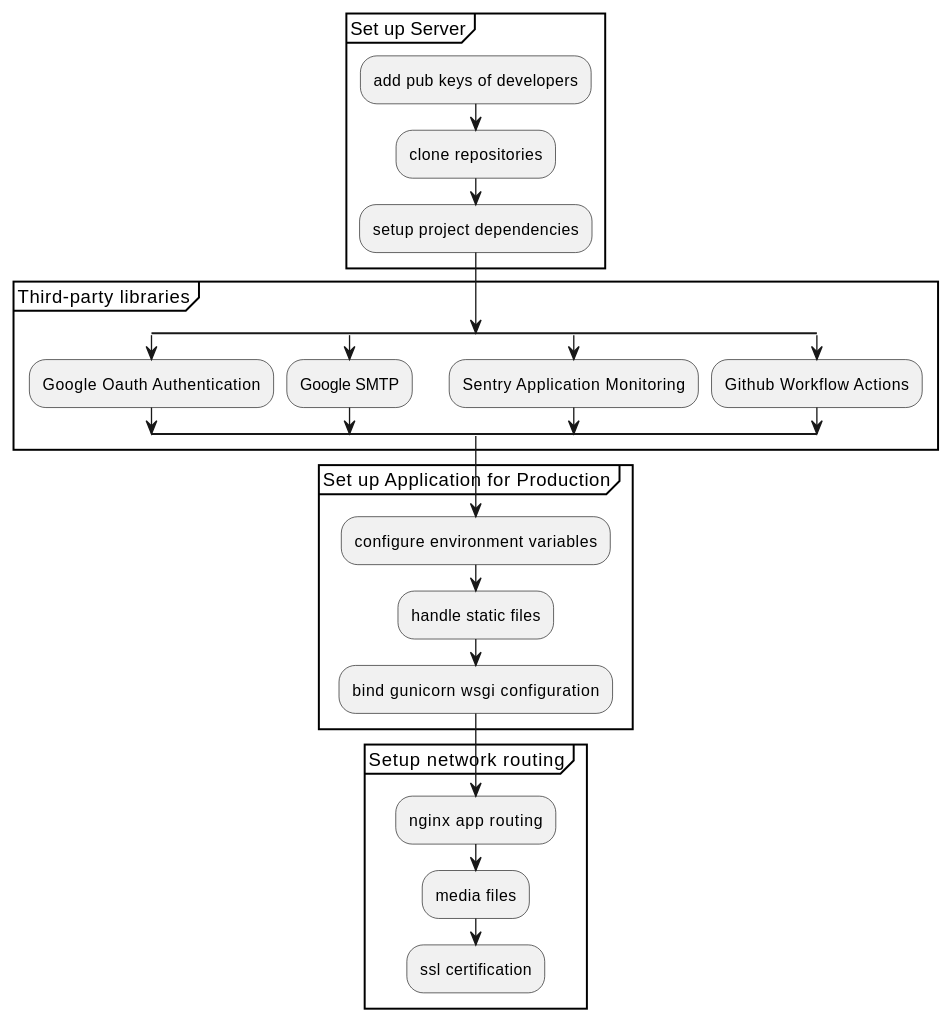
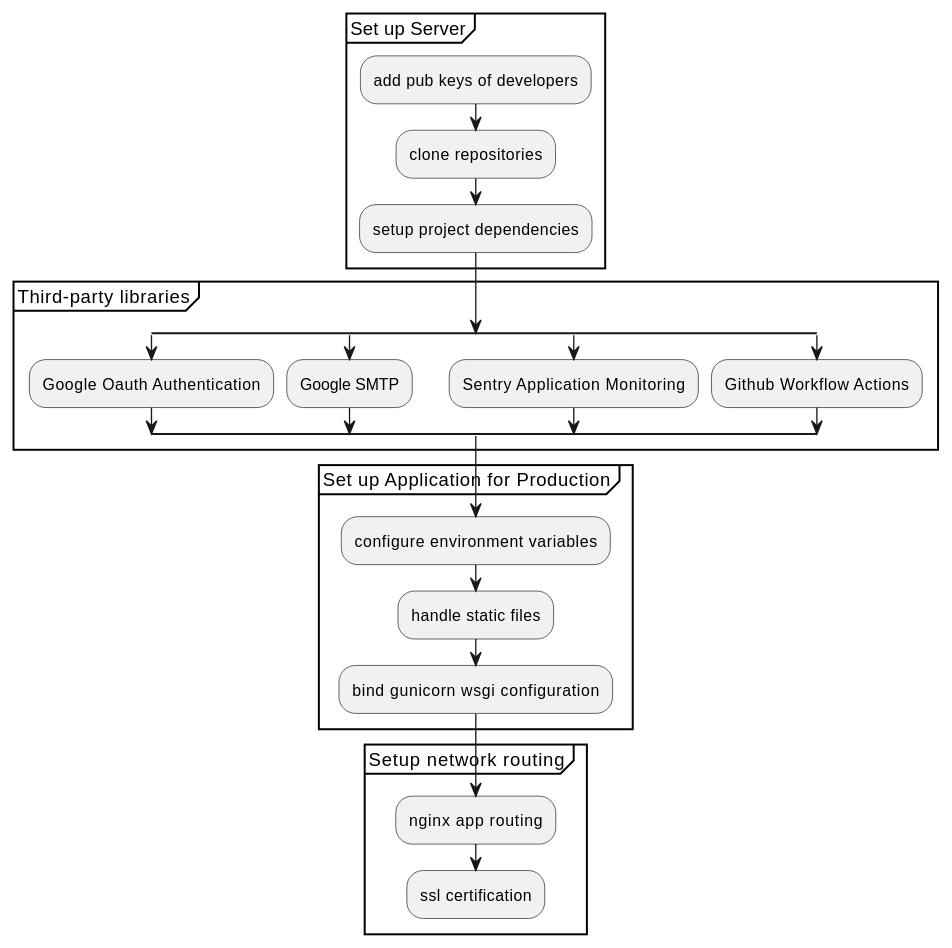
Before and after one commit to codematsing/cookiecutter-django: the diagram in {{cookiecutter.project_slug}}/docs/deployment-settings.rst, drawn with PlantUML. The commit also changed other lines of this file and 10 other files, not shown here.

```diff
--- a/{{cookiecutter.project_slug}}/docs/deployment-settings.rst
+++ b/{{cookiecutter.project_slug}}/docs/deployment-settings.rst
@@ -5,28 +5,27 @@
 .. uml::
 
     partition "Set up Server" {
         :add pub keys of developers;
         :clone repositories;
         :setup project dependencies;
     }
     partition "Third-party libraries" {
         split
             :Google Oauth Authentication;
         split again
             :Google SMTP;
         split again
             :Sentry Application Monitoring;
         split again
             :Github Workflow Actions;
         split end
     }
     partition "Set up Application for Production" {
         :configure environment variables;
         :handle static files;
         :bind gunicorn wsgi configuration;
     }
     partition "Setup network routing" {
         :nginx app routing;
-        :media files;
         :ssl certification;
     }
```
